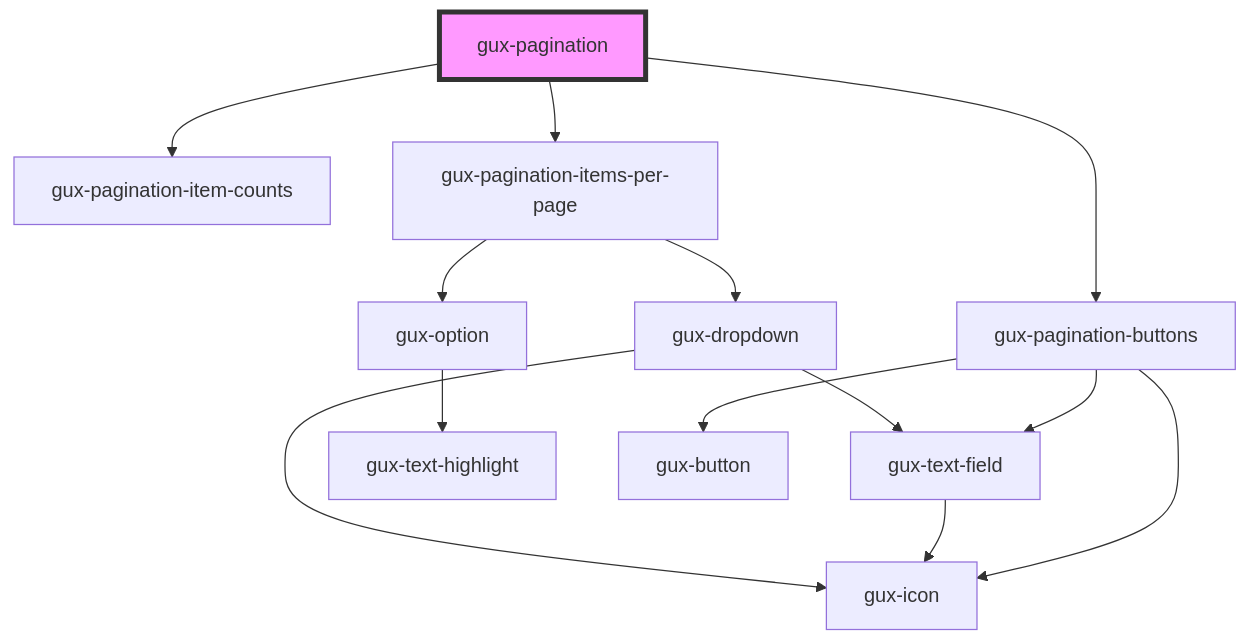
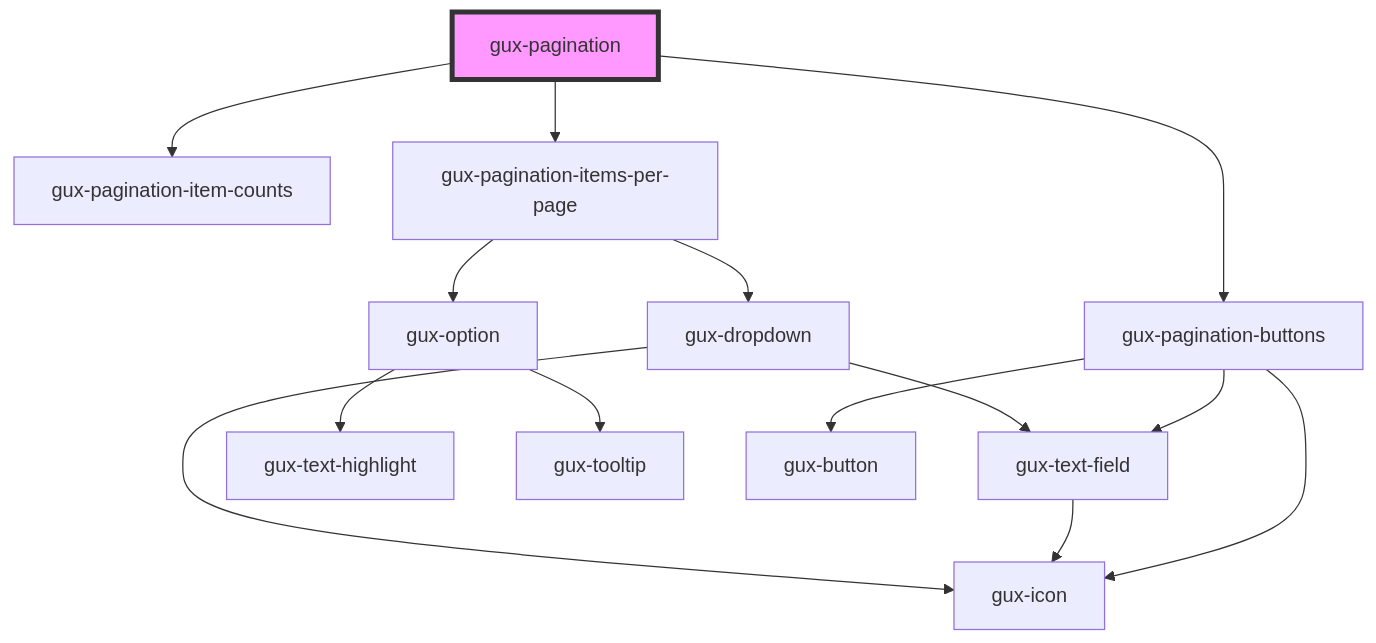
Before and after one commit to MyPureCloud/genesys-spark: the diagram in src/components/gux-pagination/readme.md, drawn with Mermaid. The commit also changed 6 other files, not shown here.

````diff
--- a/src/components/gux-pagination/readme.md
+++ b/src/components/gux-pagination/readme.md
@@ -69,16 +69,17 @@
 ```mermaid
 graph TD;
   gux-pagination --> gux-pagination-item-counts
   gux-pagination --> gux-pagination-items-per-page
   gux-pagination --> gux-pagination-buttons
   gux-pagination-items-per-page --> gux-dropdown
   gux-pagination-items-per-page --> gux-option
   gux-dropdown --> gux-text-field
   gux-dropdown --> gux-icon
   gux-text-field --> gux-icon
   gux-option --> gux-text-highlight
+  gux-option --> gux-tooltip
   gux-pagination-buttons --> gux-button
   gux-pagination-buttons --> gux-icon
   gux-pagination-buttons --> gux-text-field
   style gux-pagination fill:#f9f,stroke:#333,stroke-width:4px
 ```
````
